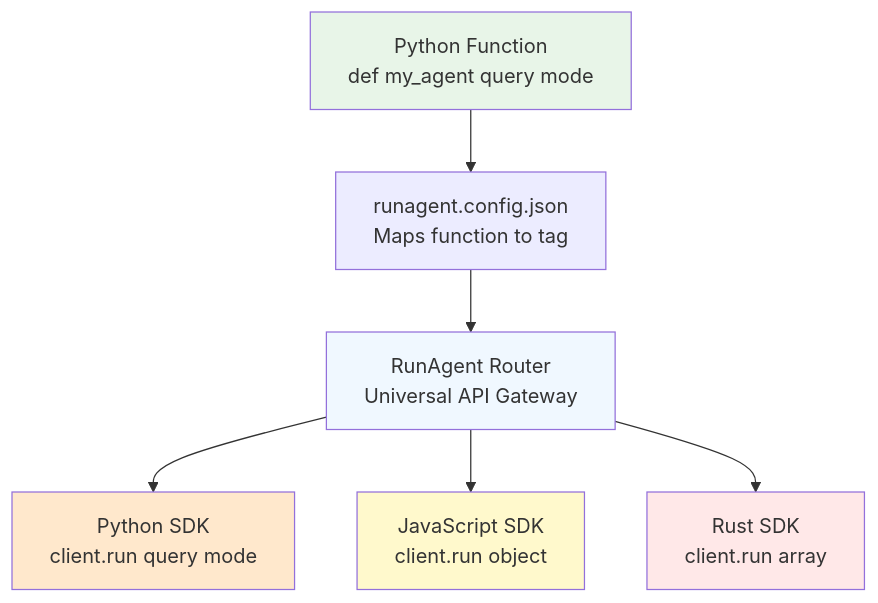
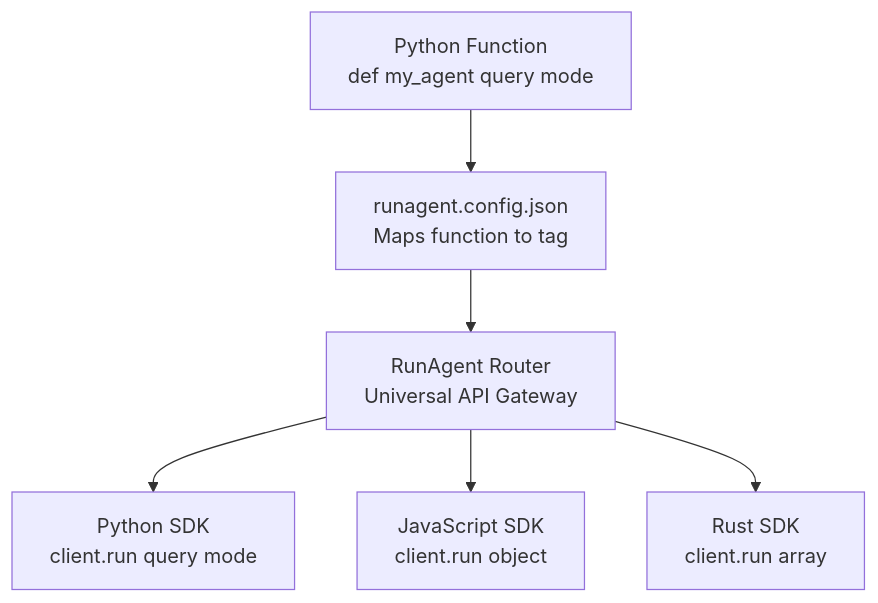
One commit to runagent-dev/runagent changed the diagram in docs/tutorials/deploy-your-first-agent.mdx. Above: the diagram before and after it, drawn with Mermaid. The commit also changed other lines of this file and 5 other files, not shown here.

````diff
--- a/docs/tutorials/deploy-your-first-agent.mdx
+++ b/docs/tutorials/deploy-your-first-agent.mdx
@@ -460,22 +460,16 @@
 ```mermaid
 graph TD
     FUNC[Python Function<br/>def my_agent query mode]
     CONFIG[runagent.config.json<br/>Maps function to tag]
     ROUTER[RunAgent Router<br/>Universal API Gateway]
     
     PY[Python SDK<br/>client.run query mode]
     JS[JavaScript SDK<br/>client.run object]
     RS[Rust SDK<br/>client.run array]
     
     FUNC --> CONFIG
     CONFIG --> ROUTER
     ROUTER --> PY
     ROUTER --> JS
     ROUTER --> RS
-    
-    style FUNC fill:#e8f5e8
-    style ROUTER fill:#f0f8ff
-    style PY fill:#ffe8cc
-    style JS fill:#fff9cc
-    style RS fill:#ffe8e8
 ```
````
